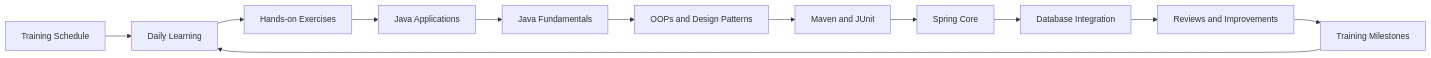
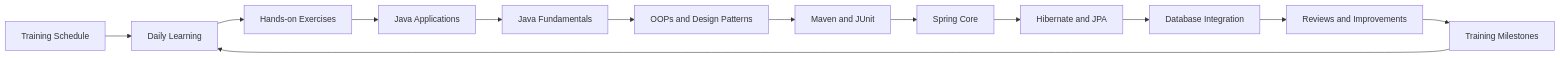
One commit to KishoreMuruganantham/hexaware-training-journal changed the diagram in README.md. Above: the diagram before and after it, drawn with Mermaid. The commit also changed other lines of this file and 1 other file, not shown here.

Commit message:
Update journal for Hibernate and JPA training

````diff
--- a/README.md
+++ b/README.md
@@ -7,14 +7,15 @@
 ```mermaid
 flowchart LR
     A[Training Schedule] --> B[Daily Learning]
     B --> C[Hands-on Exercises]
     C --> D[Java Applications]
     D --> H[Java Fundamentals]
     H --> I[OOPs and Design Patterns]
     I --> J[Maven and JUnit]
     J --> K[Spring Core]
-    K --> E[Database Integration]
+    K --> L[Hibernate and JPA]
+    L --> E[Database Integration]
     E --> F[Reviews and Improvements]
     F --> G[Training Milestones]
     G --> B
 ```
````
